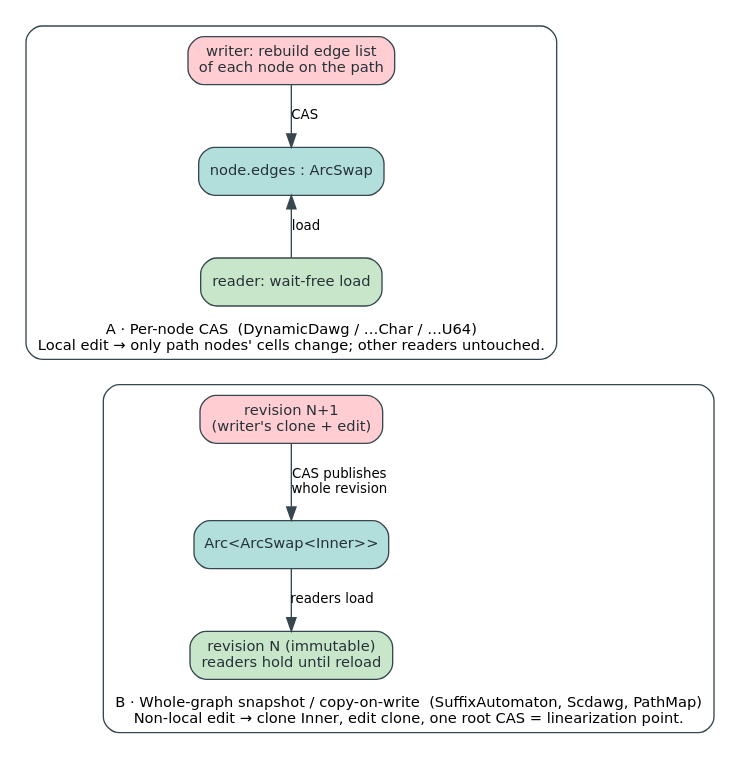
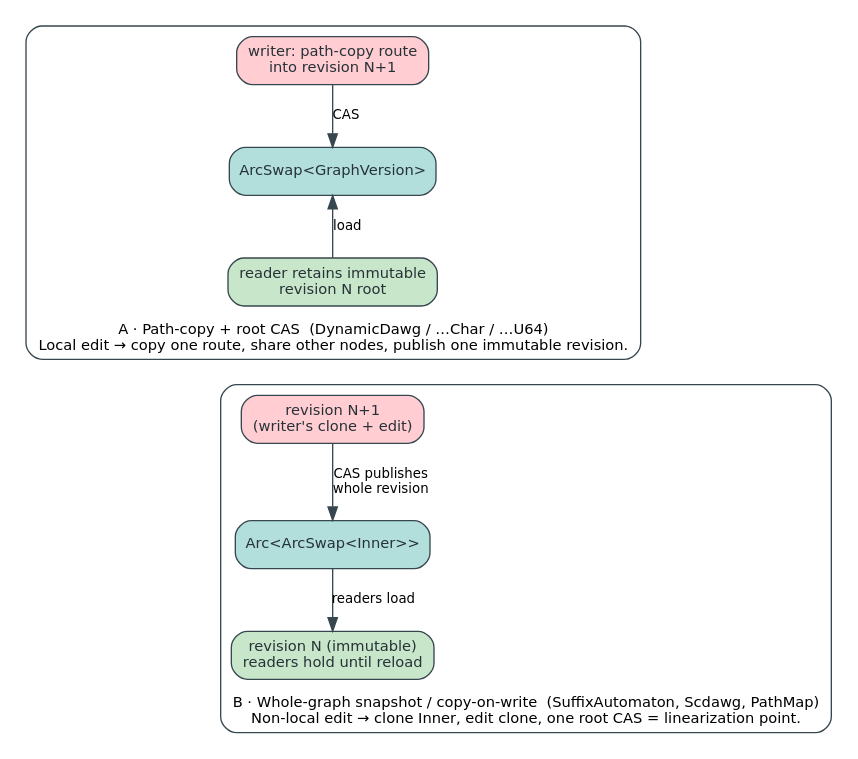
Before and after one commit to vinary-tree/libdictenstein: the diagram in docs/diagrams/src/inmem-concurrency-strategies.dot, drawn with Graphviz. The commit also changed 150 other files, not shown here.

```diff
--- a/docs/diagrams/src/inmem-concurrency-strategies.dot
+++ b/docs/diagrams/src/inmem-concurrency-strategies.dot
@@ -1,37 +1,37 @@
 // ============================================================================
 // The two lock-free strategies of the in-memory mutable backends.
 // Color key (house palette, see docs/diagrams/README.md):
 //   #C8E6C9 green — in-memory volatile structure (nodes / whole graph)
 //   #B2DFDB teal  — lock-free atomic cell (ArcSwap): the CAS publication point
 //   #FFCDD2 red   — the writer's edit
 //   #F1F1F1 / #37474F — infrastructure / borders / arrows
 // ============================================================================
 digraph inmem_concurrency {
   rankdir=TB;
   bgcolor="#FFFFFF";
   node [shape=box, style="filled,rounded", fontname="DejaVu Sans", fontsize=11,
         color="#37474F", fontcolor="#263238"];
   edge [color="#37474F", fontname="DejaVu Sans", fontsize=10];
 
   subgraph cluster_A {
-    label="A · Per-node CAS  (DynamicDawg / …Char / …U64)\nLocal edit → only path nodes' cells change; other readers untouched.";
+    label="A · Path-copy + root CAS  (DynamicDawg / …Char / …U64)\nLocal edit → copy one route, share other nodes, publish one immutable revision.";
     fontname="DejaVu Sans"; fontsize=11; color="#37474F"; style=rounded; labelloc=b;
-    a_writer [label="writer: rebuild edge list\nof each node on the path", fillcolor="#FFCDD2"];
-    a_e1 [label="node.edges : ArcSwap", fillcolor="#B2DFDB"];
-    a_reader [label="reader: wait-free load", fillcolor="#C8E6C9"];
+    a_writer [label="writer: path-copy route\ninto revision N+1", fillcolor="#FFCDD2"];
+    a_e1 [label="ArcSwap<GraphVersion>", fillcolor="#B2DFDB"];
+    a_reader [label="reader retains immutable\nrevision N root", fillcolor="#C8E6C9"];
     a_writer -> a_e1 [label="CAS"];
     a_e1 -> a_reader [label="load", dir=back];
   }
 
   subgraph cluster_B {
     label="B · Whole-graph snapshot / copy-on-write  (SuffixAutomaton, Scdawg, PathMap)\nNon-local edit → clone Inner, edit clone, one root CAS = linearization point.";
     fontname="DejaVu Sans"; fontsize=11; color="#37474F"; style=rounded; labelloc=b;
     b_rn1 [label="revision N+1\n(writer's clone + edit)", fillcolor="#FFCDD2"];
     b_root [label="Arc<ArcSwap<Inner>>", fillcolor="#B2DFDB"];
     b_rn [label="revision N (immutable)\nreaders hold until reload", fillcolor="#C8E6C9"];
     b_rn1 -> b_root [label="CAS publishes\nwhole revision"];
     b_root -> b_rn [label="readers load"];
   }
 
   a_reader -> b_rn1 [style=invis];   // stack B below A
 }
```
